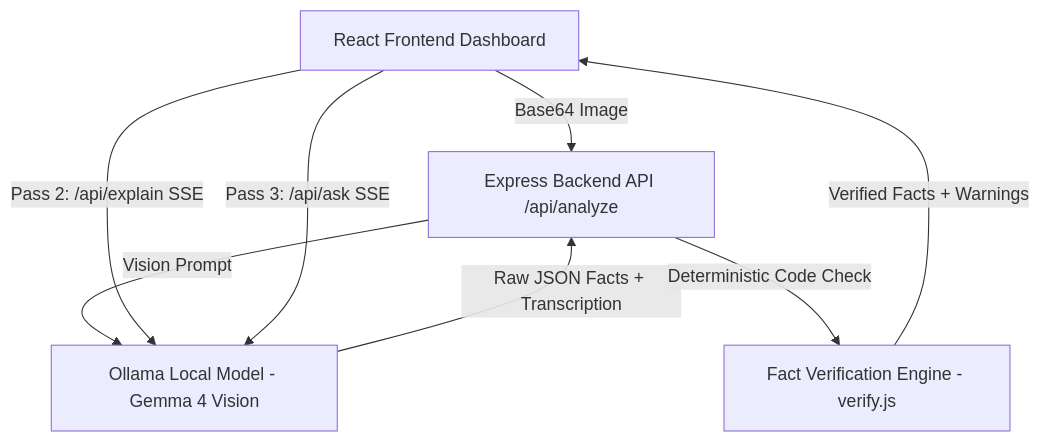
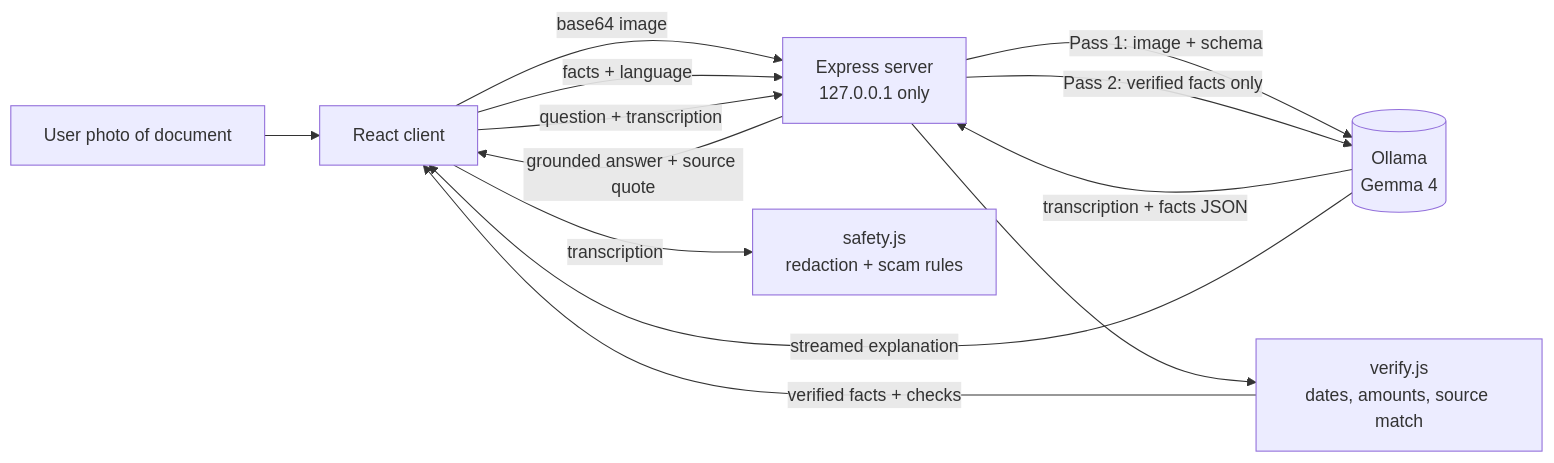
The diagram in README.md (hari2k7/DocSaathi), drawn with Mermaid before and after one commit. The commit also changed other lines of this file, not shown here.

````diff
--- a/README.md
+++ b/README.md
@@ -45,10 +60,15 @@
 ```mermaid
-graph TD
-    A[React Frontend Dashboard] -->|Base64 Image| B[Express Backend API /api/analyze]
-    B -->|Vision Prompt| C[Ollama Local Model - Gemma 4 Vision]
-    C -->|Raw JSON Facts + Transcription| B
-    B -->|Deterministic Code Check| D[Fact Verification Engine - verify.js]
-    D -->|Verified Facts + Warnings| A
-    A -->|Pass 2: /api/explain SSE| C
-    A -->|Pass 3: /api/ask SSE| C
+flowchart LR
+    U[User photo of document] --> C[React client]
+    C -->|base64 image| S[Express server<br/>127.0.0.1 only]
+    S -->|Pass 1: image + schema| O[(Ollama<br/>Gemma 4)]
+    O -->|transcription + facts JSON| S
+    S --> V[verify.js<br/>dates, amounts, source match]
+    V -->|verified facts + checks| C
+    C -->|facts + language| S
+    S -->|Pass 2: verified facts only| O
+    O -->|streamed explanation| C
+    C -->|question + transcription| S
+    S -->|grounded answer + source quote| C
+    C -->|transcription| R[safety.js<br/>redaction + scam rules]
 ```
````
